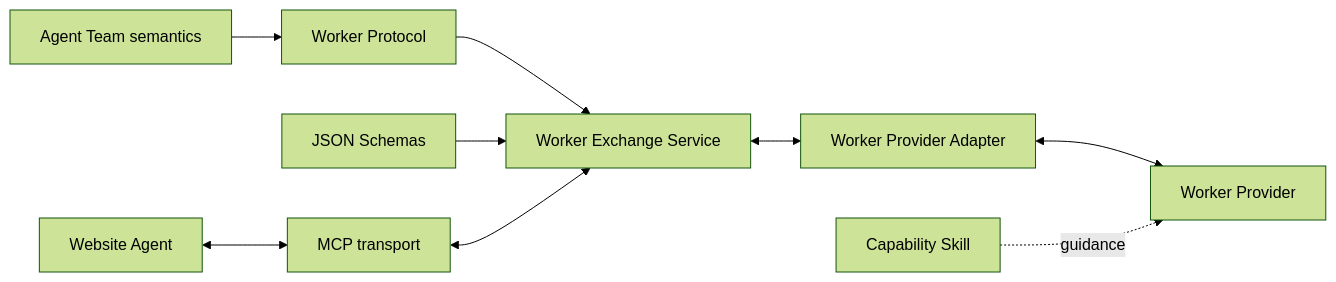
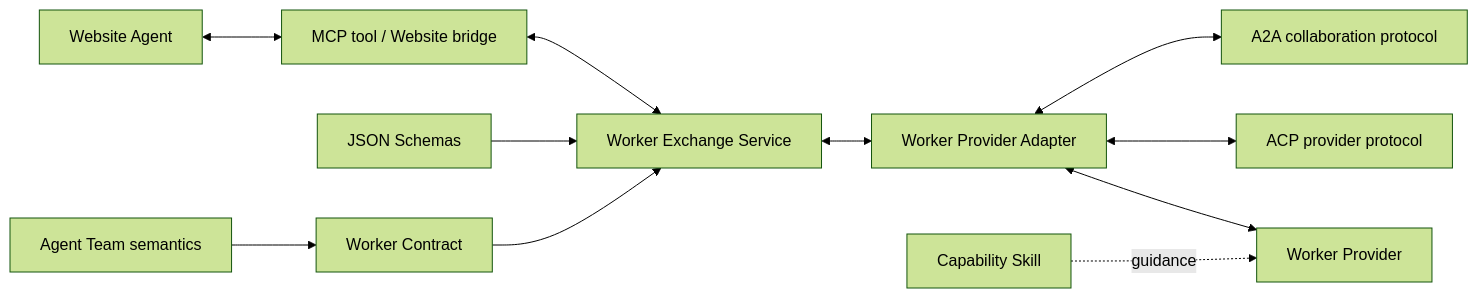
Before and after one commit to tsuuanmi/AgentOS: the first of 3 diagrams in docs/architecture/worker-boundaries.md, drawn with Mermaid (forest theme). The commit also changed other lines of this file, not shown here.

Commit message:
docs: separate Worker contract from ACP A2A MCP protocols

```diff
--- a/docs/architecture/worker-boundaries.md
+++ b/docs/architecture/worker-boundaries.md
@@ -14,23 +14,27 @@
 ~~~mermaid
 flowchart LR
     Team[Agent Team semantics]
-    Contract[Worker Protocol]
+    Contract[Worker Contract]
     Schema[JSON Schemas]
     Exchange[Worker Exchange Service]
     Adapter[Worker Provider Adapter]
     Provider[Worker Provider]
     Skill[Capability Skill]
-    MCP[MCP transport]
+    ACP[ACP provider protocol]
+    A2A[A2A collaboration protocol]
+    MCP[MCP tool / Website bridge]
     Website[Website Agent]
 
     Team --> Contract
     Contract --> Exchange
     Schema --> Exchange
 
     Exchange <--> Adapter
     Adapter <--> Provider
+    Adapter <--> ACP
+    Adapter <--> A2A
     Skill -. guidance .-> Provider
 
     Website <--> MCP
     MCP <--> Exchange
 ~~~
```
